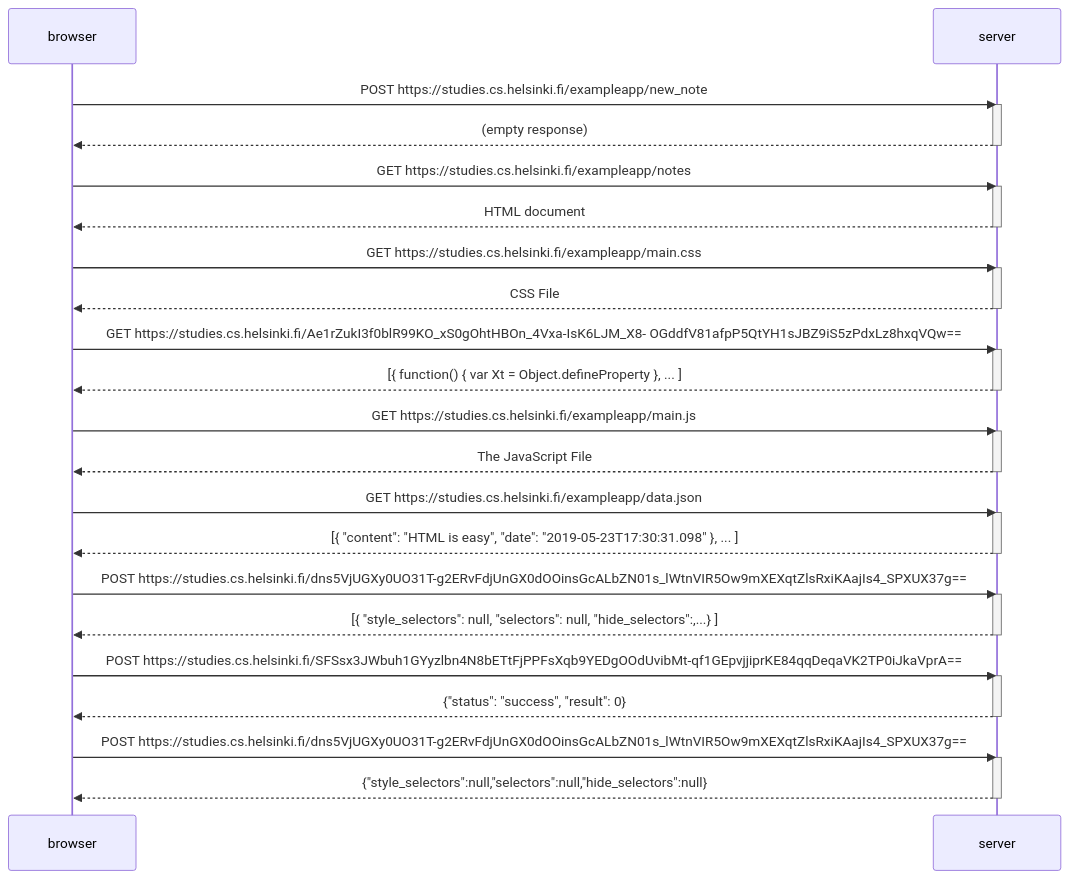
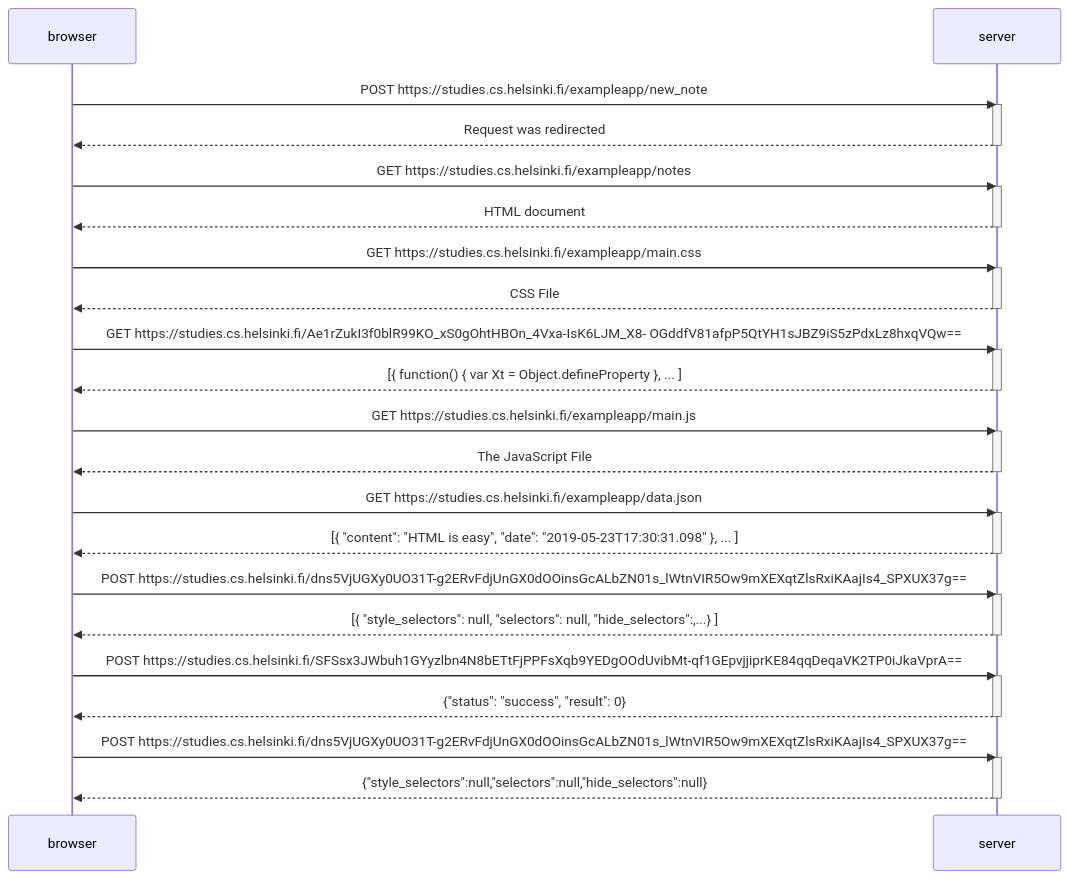
The diagram in osa0/0.4 uusi muistiinpano.md (venla-v/palautusrepositorio), drawn with Mermaid before and after one commit.

Commit message:
Update 0.4 uusi muistiinpano.md

````diff
--- a/osa0/0.4 uusi muistiinpano.md
+++ b/osa0/0.4 uusi muistiinpano.md
@@ -1,52 +1,52 @@
 ```mermaid
 sequenceDiagram
     participant browser
     participant server
     
     browser->>server: POST https://studies.cs.helsinki.fi/exampleapp/new_note
     activate server
-    server-->>browser: (empty response)
+    server-->>browser: Request was redirected
     deactivate server
     
     browser->>server: GET https://studies.cs.helsinki.fi/exampleapp/notes
     activate server
     server-->>browser: HTML document
     deactivate server
 
     browser->>server: GET https://studies.cs.helsinki.fi/exampleapp/main.css
     activate server
     server-->>browser: CSS File
     deactivate server
     
     browser->>server: GET https://studies.cs.helsinki.fi/Ae1rZukI3f0blR99KO_xS0gOhtHBOn_4Vxa-IsK6LJM_X8- OGddfV81afpP5QtYH1sJBZ9iS5zPdxLz8hxqVQw==
     activate server
     server-->>browser: [{ function() { var Xt = Object.defineProperty }, ... ]
     deactivate server
     
     browser->>server: GET https://studies.cs.helsinki.fi/exampleapp/main.js
     activate server
     server-->>browser: The JavaScript File
     deactivate server
 
     browser->>server: GET https://studies.cs.helsinki.fi/exampleapp/data.json
     activate server
     server-->>browser: [{ "content": "HTML is easy", "date": "2019-05-23T17:30:31.098" }, ... ]
     deactivate server
 
     browser->>server: POST https://studies.cs.helsinki.fi/dns5VjUGXy0UO31T-g2ERvFdjUnGX0dOOinsGcALbZN01s_lWtnVIR5Ow9mXEXqtZlsRxiKAajIs4_SPXUX37g==
     activate server
     server-->>browser: [{ "style_selectors": null, "selectors": null, "hide_selectors":,...} ]
     deactivate server 
 
     browser->>server: POST https://studies.cs.helsinki.fi/SFSsx3JWbuh1GYyzlbn4N8bETtFjPPFsXqb9YEDgOOdUvibMt-qf1GEpvjjiprKE84qqDeqaVK2TP0iJkaVprA==
     activate server
     server-->>browser: {"status": "success", "result": 0}
     deactivate server
 
     browser->>server: POST https://studies.cs.helsinki.fi/dns5VjUGXy0UO31T-g2ERvFdjUnGX0dOOinsGcALbZN01s_lWtnVIR5Ow9mXEXqtZlsRxiKAajIs4_SPXUX37g==
     activate server
     server-->>browser: {"style_selectors":null,"selectors":null,"hide_selectors":null}
     deactivate server
 
 
 ```
````
